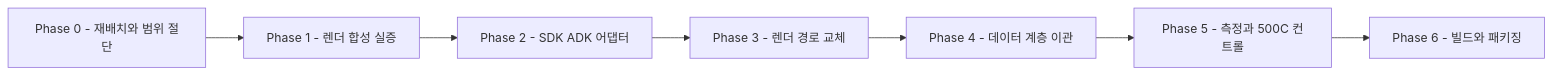
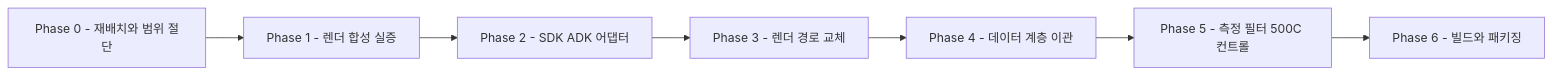
One commit to beomsikpark/healcerion-platform changed the second of 2 diagrams in docs/refactoring/r2/plan.md. Above: the diagram before and after it, drawn with Mermaid. The commit also changed other lines of this file and 7 other files, not shown here.

````diff
--- a/docs/refactoring/r2/plan.md
+++ b/docs/refactoring/r2/plan.md
@@ -172,16 +213,16 @@
 ```mermaid
 flowchart LR
     p0[Phase 0 - 재배치와 범위 절단]
     p1[Phase 1 - 렌더 합성 실증]
     p2[Phase 2 - SDK ADK 어댑터]
     p3[Phase 3 - 렌더 경로 교체]
     p4[Phase 4 - 데이터 계층 이관]
-    p5[Phase 5 - 측정과 500C 컨트롤]
+    p5[Phase 5 - 측정 필터 500C 컨트롤]
     p6[Phase 6 - 빌드와 패키징]
     p0 --> p1
     p1 --> p2
     p2 --> p3
     p3 --> p4
     p4 --> p5
     p5 --> p6
 ```
````
